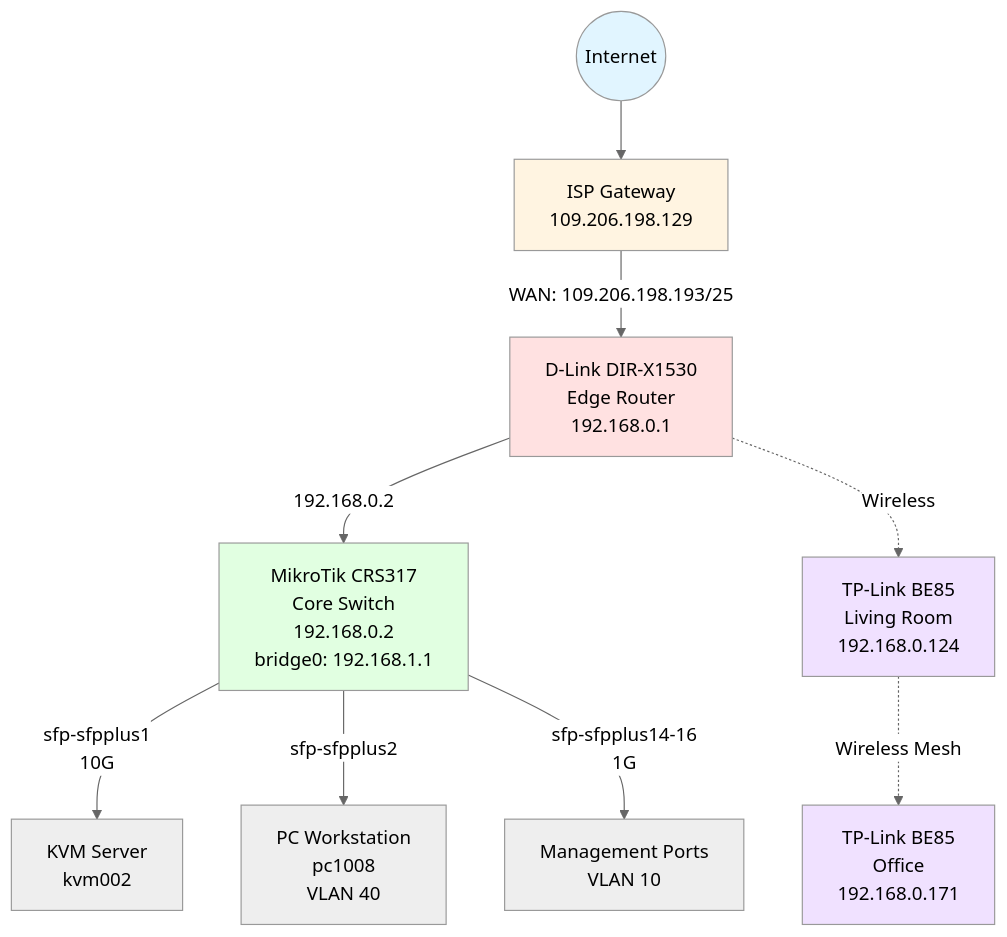
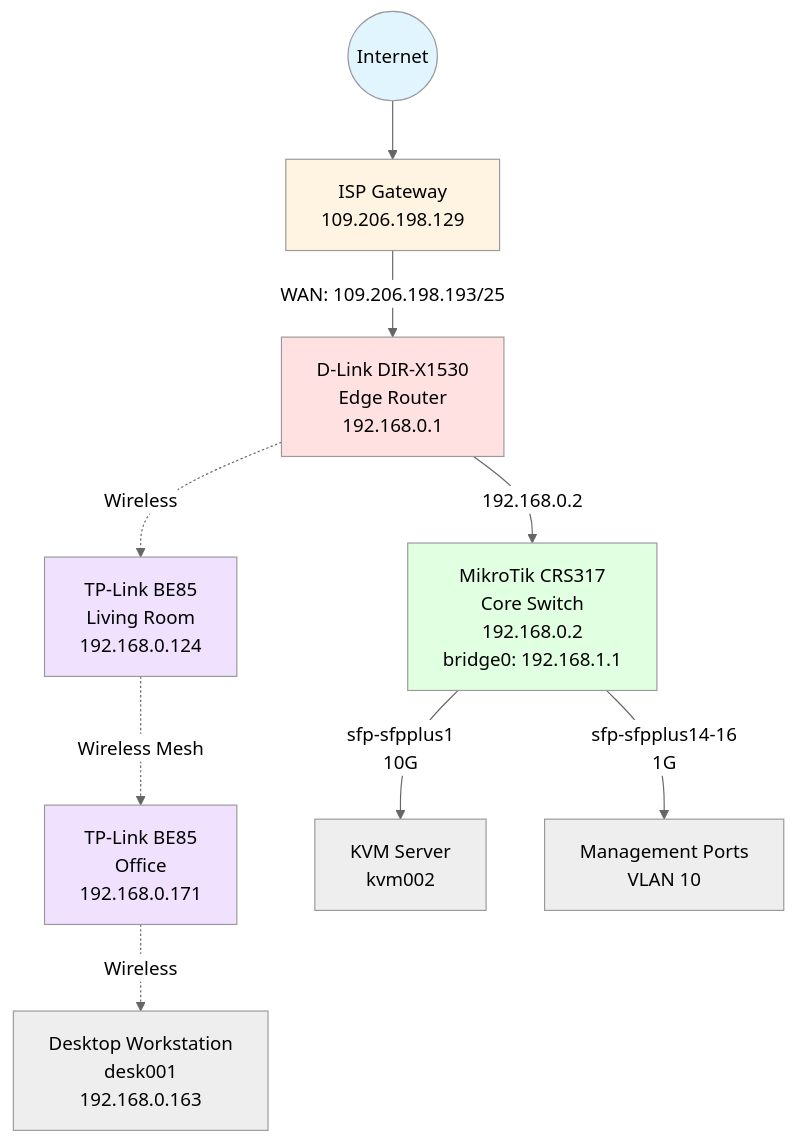
One commit to tomp736/my-homelab changed the first of 4 diagrams in docs/network/network-diagram.md. Above: the diagram before and after it, drawn with Mermaid (neutral theme). The commit also changed other lines of this file and 1 other file, not shown here.

Commit message:
adding desk01

````diff
--- a/docs/network/network-diagram.md
+++ b/docs/network/network-diagram.md
@@ -5,31 +5,32 @@
 ```mermaid
 graph TB
     Internet((Internet))
     ISP[ISP Gateway<br/>109.206.198.129]
 
     Internet --> ISP
     ISP --> |WAN: 109.206.198.193/25| EdgeRouter
 
     EdgeRouter[D-Link DIR-X1530<br/>Edge Router<br/>192.168.0.1]
 
     EdgeRouter --> |192.168.0.2| MikroTik
     EdgeRouter -.Wireless.-> WiFiLR
 
     MikroTik[MikroTik CRS317<br/>Core Switch<br/>192.168.0.2<br/>bridge0: 192.168.1.1]
 
     WiFiLR[TP-Link BE85<br/>Living Room<br/>192.168.0.124]
     WiFiOffice[TP-Link BE85<br/>Office<br/>192.168.0.171]
 
     WiFiLR -.Wireless Mesh.-> WiFiOffice
 
     MikroTik --> |sfp-sfpplus1<br/>10G| KVM[KVM Server<br/>kvm002]
-    MikroTik --> |sfp-sfpplus2| PC[PC Workstation<br/>pc1008<br/>VLAN 40]
     MikroTik --> |sfp-sfpplus14-16<br/>1G| MgmtPorts[Management Ports<br/>VLAN 10]
+
+    WiFiOffice -.Wireless.-> Desk[Desktop Workstation<br/>desk001<br/>192.168.0.163]
 
     style Internet fill:#e1f5ff
     style ISP fill:#fff4e1
     style EdgeRouter fill:#ffe1e1
     style MikroTik fill:#e1ffe1
     style WiFiLR fill:#f0e1ff
     style WiFiOffice fill:#f0e1ff
 ```
````
